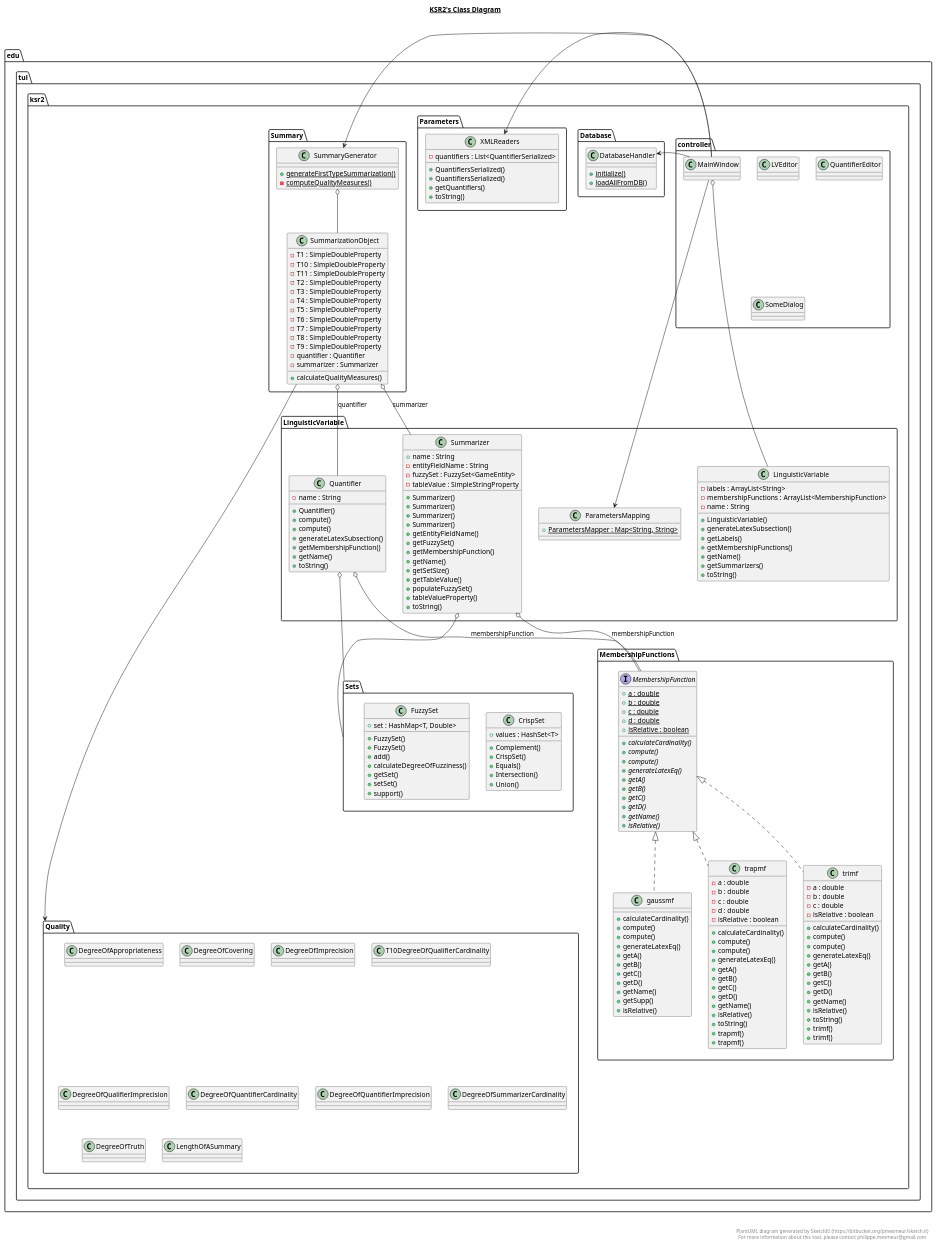
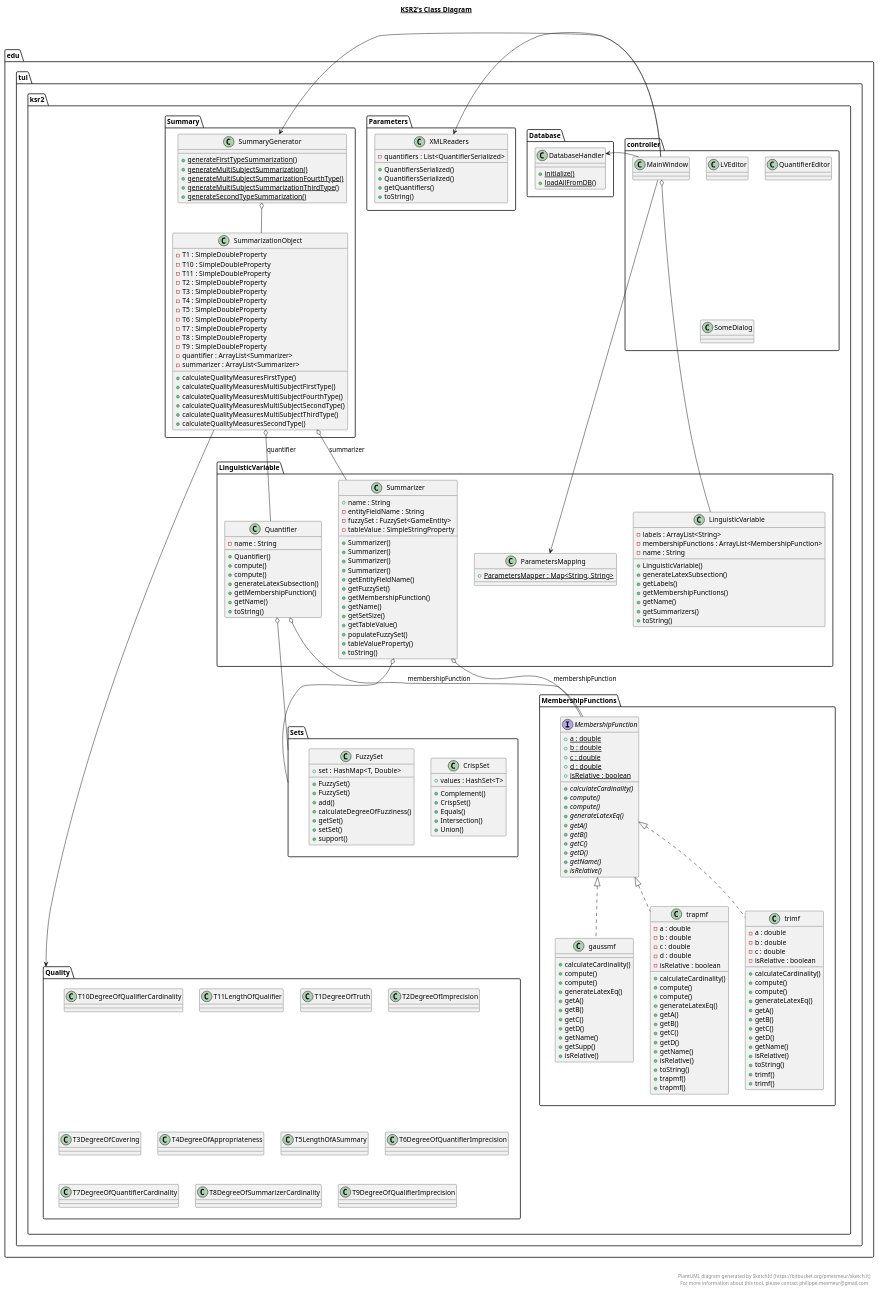
One commit to Kjawo/KSR2 changed the diagram in KSR2-git.plantuml. Above: the diagram before and after it, drawn with PlantUML.

Commit message:
Update UML with multi subject

```diff
--- a/KSR2-git.plantuml
+++ b/KSR2-git.plantuml
@@ -5,35 +5,37 @@
     namespace edu.tul.ksr2 {
 
       namespace Quality {
-        class edu.tul.ksr2.Quality.DegreeOfAppropriateness {
-        }
+        class edu.tul.ksr2.Quality.T10DegreeOfQualifierCardinality {
+               }
 
-        class edu.tul.ksr2.Quality.DegreeOfCovering {
-        }
+               class edu.tul.ksr2.Quality.T11LengthOfQualifier {
+               }
 
-        class edu.tul.ksr2.Quality.DegreeOfImprecision {
-        }
+               class edu.tul.ksr2.Quality.T1DegreeOfTruth {
+               }
 
-        class edu.tul.ksr2.Quality.T10DegreeOfQualifierCardinality {
-        }
+               class edu.tul.ksr2.Quality.T2DegreeOfImprecision {
+               }
 
-        class edu.tul.ksr2.Quality.DegreeOfQualifierImprecision {
-        }
+               class edu.tul.ksr2.Quality.T3DegreeOfCovering {
+               }
 
-        class edu.tul.ksr2.Quality.DegreeOfQuantifierCardinality {
-        }
+               class edu.tul.ksr2.Quality.T4DegreeOfAppropriateness {
+               }
 
-        class edu.tul.ksr2.Quality.DegreeOfQuantifierImprecision {
-        }
+               class edu.tul.ksr2.Quality.T5LengthOfASummary {
+               }
+               class edu.tul.ksr2.Quality.T6DegreeOfQuantifierImprecision {
+               }
 
-        class edu.tul.ksr2.Quality.DegreeOfSummarizerCardinality {
-        }
+               class edu.tul.ksr2.Quality.T7DegreeOfQuantifierCardinality {
+               }
 
-        class edu.tul.ksr2.Quality.DegreeOfTruth {
-        }
+               class edu.tul.ksr2.Quality.T8DegreeOfSummarizerCardinality {
+               }
 
-        class edu.tul.ksr2.Quality.LengthOfASummary {
-        }
+               class edu.tul.ksr2.Quality.T9DegreeOfQualifierImprecision {
+               }
       }
 
 
@@ -241,15 +243,23 @@
             - T7 : SimpleDoubleProperty
             - T8 : SimpleDoubleProperty
             - T9 : SimpleDoubleProperty
-            - quantifier : Quantifier
-            - summarizer : Summarizer
+            - quantifier : ArrayList<Summarizer>
+            - summarizer : ArrayList<Summarizer>
 
-            + calculateQualityMeasures()
+            + calculateQualityMeasuresFirstType()
+            + calculateQualityMeasuresMultiSubjectFirstType()
+            + calculateQualityMeasuresMultiSubjectFourthType()
+            + calculateQualityMeasuresMultiSubjectSecondType()
+            + calculateQualityMeasuresMultiSubjectThirdType()
+            + calculateQualityMeasuresSecondType()
         }
 
         class edu.tul.ksr2.Summary.SummaryGenerator {
             {static} + generateFirstTypeSummarization()
-            {static} - computeQualityMeasures()
+            {static} + generateMultiSubjectSummarization()
+            {static} + generateMultiSubjectSummarizationFourthType()
+            {static} + generateMultiSubjectSummarizationThirdType()
+            {static} + generateSecondTypeSummarization()
         }
       }
 
```
